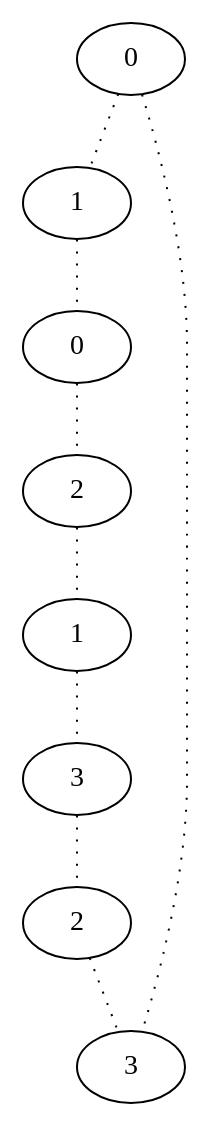
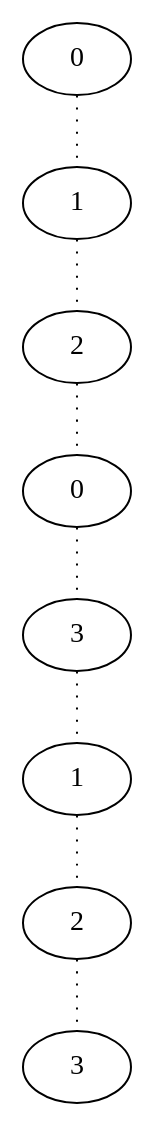
The diagram in TestPathsv1/result/8.dot (d1laj/Stage-M2), drawn with Graphviz before and after one commit. The commit also changed 169 other files, not shown here.

```diff
--- a/TestPathsv1/result/8.dot
+++ b/TestPathsv1/result/8.dot
@@ -1,18 +1,17 @@
 graph {
 a[label=0]
 b[label=1]
-c[label=0]
-d[label=2]
-e[label=1]
-f[label=3]
+c[label=2]
+d[label=0]
+e[label=3]
+f[label=1]
 g[label=2]
 h[label=3]
 a -- b [style=dotted];
 b -- c [style=dotted];
 c -- d [style=dotted];
 d -- e [style=dotted];
 e -- f [style=dotted];
 f -- g [style=dotted];
 g -- h [style=dotted];
-a -- h [style=dotted];
 }
```
